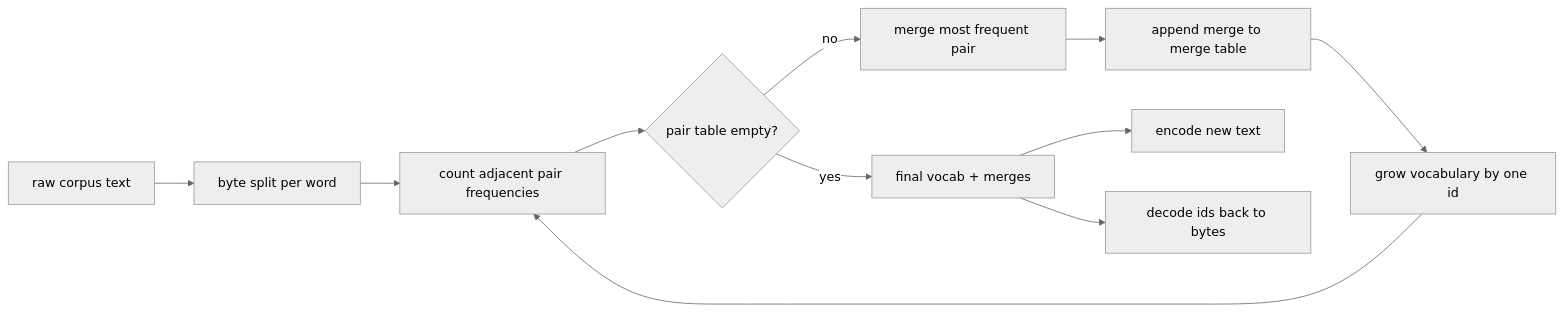
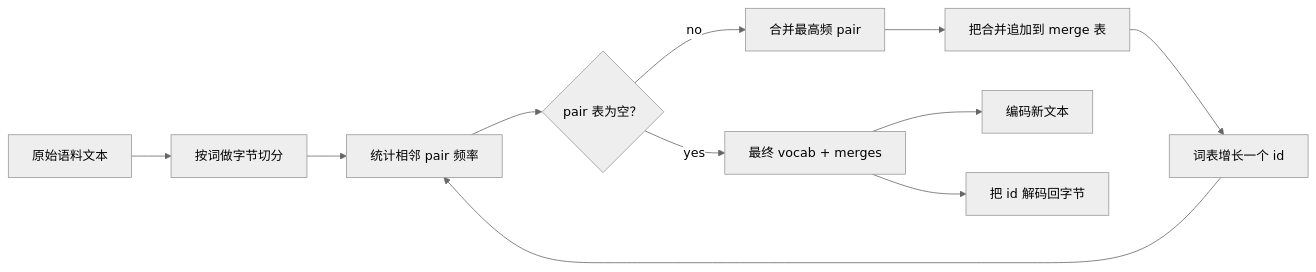
The first of 2 diagrams in phases/19-capstone-projects/30-bpe-tokenizer-from-scratch/docs/zh.md (JerryC8080/ai-engineering-from-scratch-zh), drawn with Mermaid (neutral theme) before and after one commit. The commit also changed 156 other files, not shown here.

First line of the commit message:
i18n(zh): translate mermaid diagram labels in 157 lesson zh.md

````diff
--- a/phases/19-capstone-projects/30-bpe-tokenizer-from-scratch/docs/zh.md
+++ b/phases/19-capstone-projects/30-bpe-tokenizer-from-scratch/docs/zh.md
@@ -29,13 +29,13 @@
 ```mermaid
 flowchart LR
-    A[raw corpus text] --> B[byte split per word]
-    B --> C[count adjacent pair frequencies]
-    C --> D{pair table empty?}
-    D -- no --> E[merge most frequent pair]
-    E --> F[append merge to merge table]
-    F --> G[grow vocabulary by one id]
+    A[原始语料文本] --> B[按词做字节切分]
+    B --> C[统计相邻 pair 频率]
+    C --> D{pair 表为空？}
+    D -- no --> E[合并最高频 pair]
+    E --> F[把合并追加到 merge 表]
+    F --> G[词表增长一个 id]
     G --> C
-    D -- yes --> H[final vocab + merges]
-    H --> I[encode new text]
-    H --> J[decode ids back to bytes]
+    D -- yes --> H[最终 vocab + merges]
+    H --> I[编码新文本]
+    H --> J[把 id 解码回字节]
 ```
````
